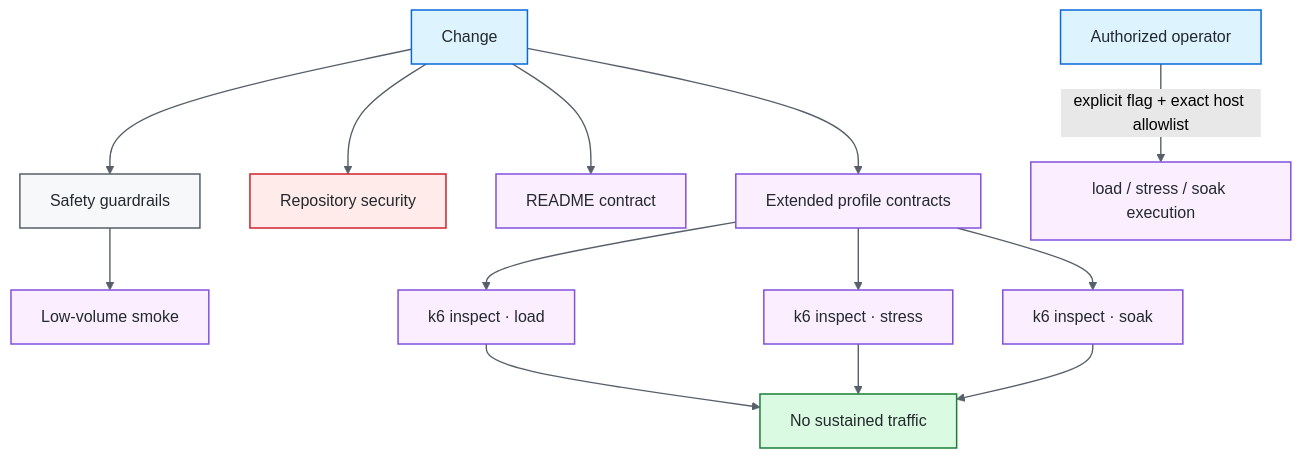
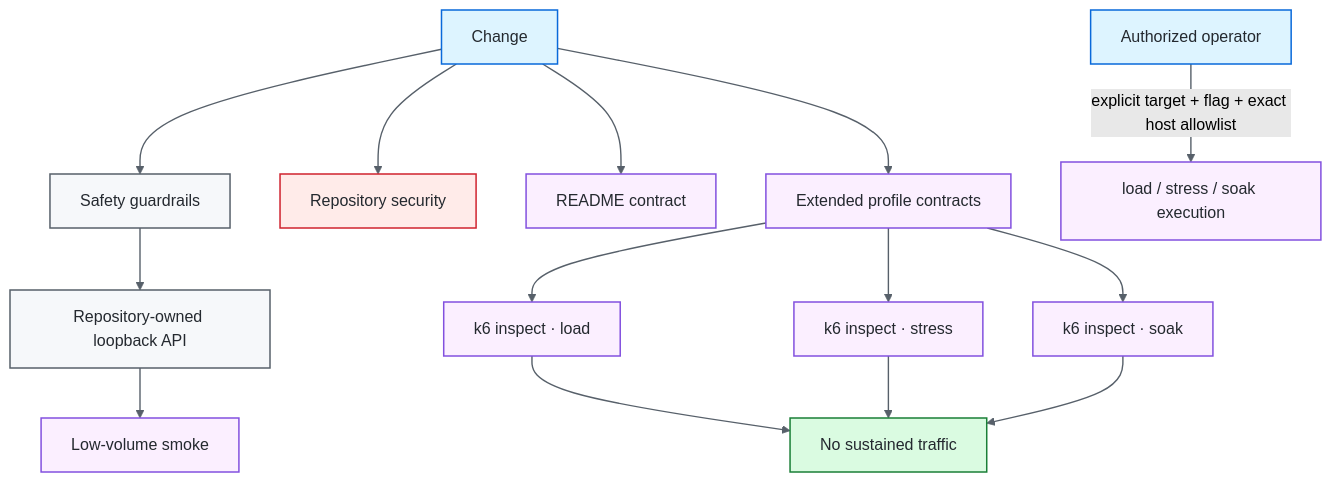
Before and after one commit to portyu9/qa-automation-load-k6: the first of 3 diagrams in README.md, drawn with Mermaid (forest theme). The commit also changed other lines of this file, not shown here.

Commit message:
Document deterministic k6 smoke target ownership

````diff
--- a/README.md
+++ b/README.md
@@ -36,27 +36,28 @@
 ```mermaid
 flowchart TD
     CHANGE[Change] --> GUARD[Safety guardrails]
-    GUARD --> SMOKE[Low-volume smoke]
+    GUARD --> FIXTURE[Repository-owned loopback API]
+    FIXTURE --> SMOKE[Low-volume smoke]
     CHANGE --> SEC[Repository security]
     CHANGE --> DOCS[README contract]
     CHANGE --> EXT[Extended profile contracts]
     EXT --> L[k6 inspect · load]
     EXT --> ST[k6 inspect · stress]
     EXT --> SO[k6 inspect · soak]
     L --> ZERO[No sustained traffic]
     ST --> ZERO
     SO --> ZERO
-    OP[Authorized operator] -->|explicit flag + exact host allowlist| RUN[load / stress / soak execution]
+    OP[Authorized operator] -->|explicit target + flag + exact host allowlist| RUN[load / stress / soak execution]
 
     classDef entry fill:#ddf4ff,stroke:#0969da,color:#24292f,stroke-width:1.5px;
     classDef core fill:#f6f8fa,stroke:#57606a,color:#24292f,stroke-width:1.5px;
     classDef gate fill:#fbefff,stroke:#8250df,color:#24292f,stroke-width:1.5px;
     classDef evidence fill:#dafbe1,stroke:#1a7f37,color:#24292f,stroke-width:1.5px;
     classDef security fill:#ffebe9,stroke:#cf222e,color:#24292f,stroke-width:1.5px;
     class CHANGE,OP entry;
-    class GUARD core;
+    class GUARD,FIXTURE core;
     class SMOKE,EXT,L,ST,SO,RUN,DOCS gate;
     class SEC security;
     class ZERO evidence;
     linkStyle default stroke:#57606a,stroke-width:1.4px;
 ```
````
